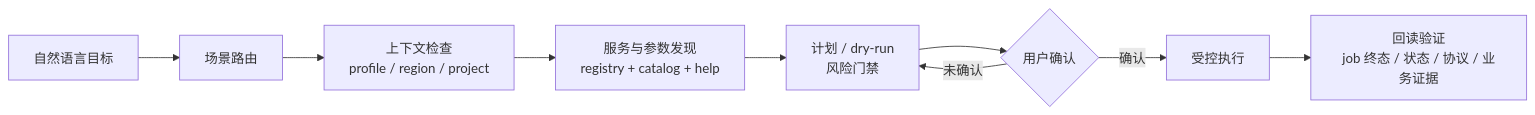
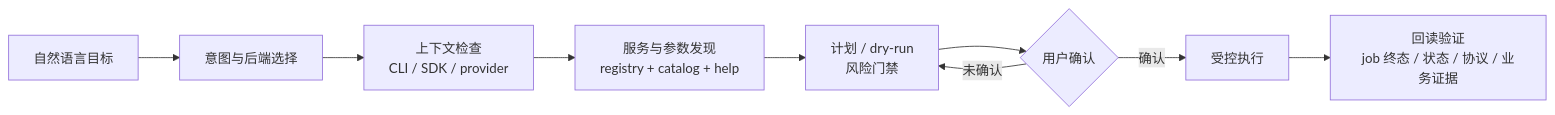
Before and after one commit to pipixia-labs/huaweicloud-skill: the first of 2 diagrams in README.md, drawn with Mermaid. The commit also changed other lines of this file and 43 other files, not shown here.

````diff
--- a/README.md
+++ b/README.md
@@ -45,11 +45,11 @@
 ```mermaid
 flowchart LR
-  A[自然语言目标] --> B[场景路由]
-  B --> C[上下文检查<br/>profile / region / project]
+  A[自然语言目标] --> B[意图与后端选择]
+  B --> C[上下文检查<br/>CLI / SDK / provider]
   C --> D[服务与参数发现<br/>registry + catalog + help]
   D --> E[计划 / dry-run<br/>风险门禁]
   E --> F{用户确认}
   F -->|确认| G[受控执行]
   F -->|未确认| E
   G --> H[回读验证<br/>job 终态 / 状态 / 协议 / 业务证据]
 ```
````
